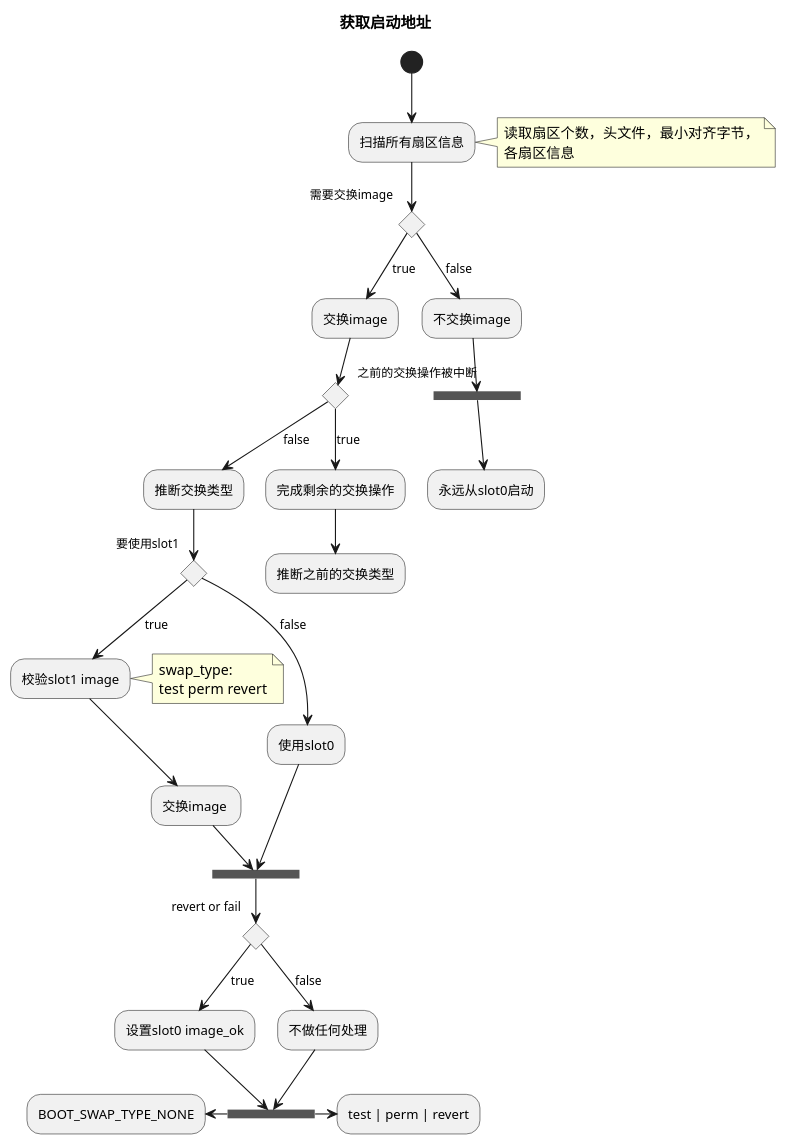
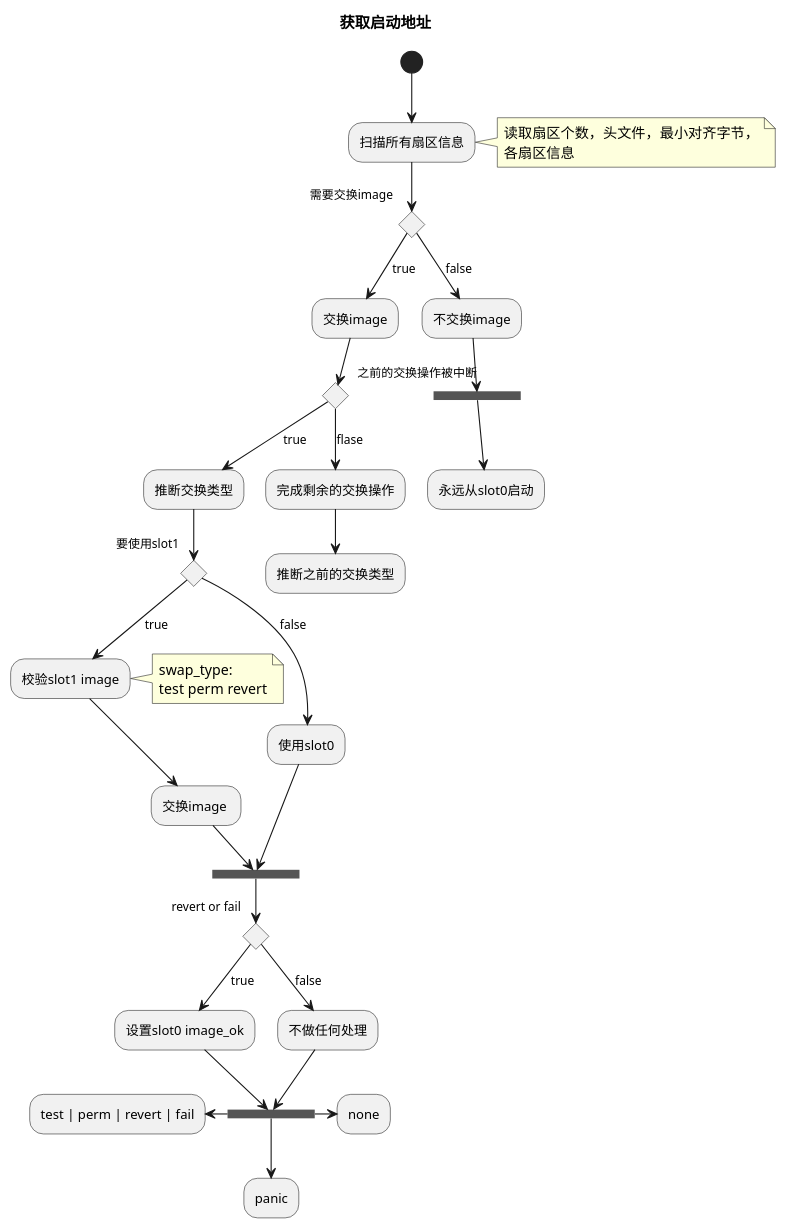
Before and after one commit to Rand1804/self-study: the diagram in Microcontroller/MCUboot/mcuboot.puml, drawn with PlantUML. The commit also changed 3 other files, not shown here.

```diff
--- a/Microcontroller/MCUboot/mcuboot.puml
+++ b/Microcontroller/MCUboot/mcuboot.puml
@@ -1,47 +1,47 @@
 @startuml mcuboot
 title 获取启动地址
 
     (*) --> "扫描所有扇区信息"
     note right
     读取扇区个数，头文件，最小对齐字节，
     各扇区信息
     end note
 
 
     if “需要交换image" then
         -->[true] "交换image"
         if "之前的交换操作被中断" then
-            -->[true] "完成剩余的交换操作"
+            -->[flase] "完成剩余的交换操作"
             --> "推断之前的交换类型"
         else
-            -->[false] "推断交换类型"
+            -->[true] "推断交换类型"
             if "要使用slot1“ then
                 -->[true] "校验slot1 image"
                 note left
                 swap_type:
                 test perm revert
                 end note
                 --> "交换image "
                 --> ===INV_1===
             else
                 -->[false] "使用slot0"
                 --> ===INV_1===
             endif
             if revert or fail then
                 --> [true] "设置slot0 image_ok"
                 --> ===INV_2===
             else 
                 --> [false] "不做任何处理"
                 --> ===INV_2===
             endif
-            ===INV_2===-left-> "BOOT_SWAP_TYPE_NONE"
-            ===INV_2===-right-> "test | perm | revert"
-
+            ===INV_2===-left-> "test | perm | revert | fail"
+            ===INV_2===-right-> "none"
+            ===INV_2===-down-> "panic"
                 
         endif
     else
         -->[false] "不交换image"
         --> ===INV_END===
         --> ”永远从slot0启动“
     endif
 @enduml
```
